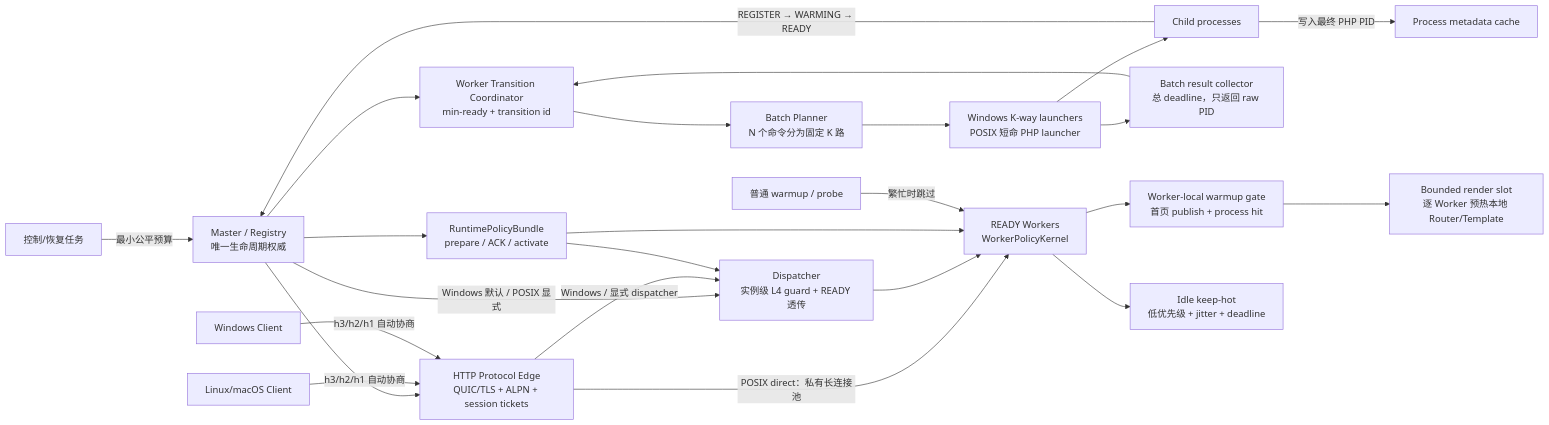
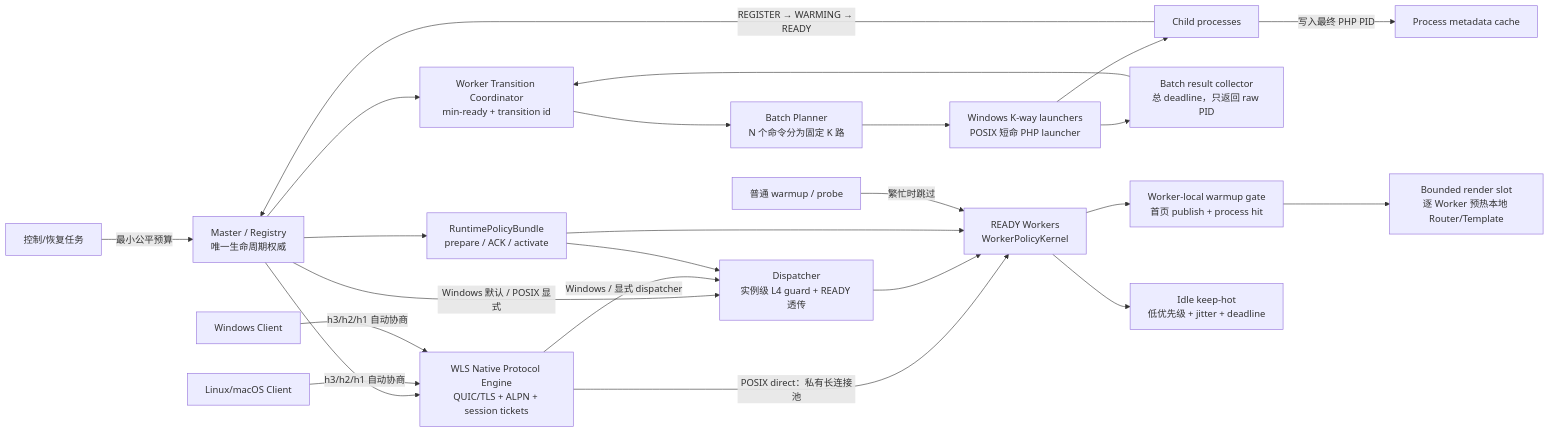
One commit to Aiweline/WelineFramework changed the fourth of 7 diagrams in app/code/Weline/Server/doc/WLS架构图.md. Above: the diagram before and after it, drawn with Mermaid. The commit also changed other lines of this file and 46 other files, not shown here.

Commit message:
perf(wls): ship native protocol edge and harden startup

````diff
--- a/app/code/Weline/Server/doc/WLS架构图.md
+++ b/app/code/Weline/Server/doc/WLS架构图.md
@@ -125,27 +125,27 @@
 ```mermaid
 flowchart LR
   M["Master / Registry\n唯一生命周期权威"] --> T["Worker Transition Coordinator\nmin-ready + transition id"]
   M --> P["RuntimePolicyBundle\nprepare / ACK / activate"]
   T --> BP["Batch Planner\nN 个命令分为固定 K 路"]
   BP --> L["Windows K-way launchers\nPOSIX 短命 PHP launcher"]
   L --> CH["Child processes"]
   L --> RC["Batch result collector\n总 deadline，只返回 raw PID"]
   RC --> T
   CH -->|"写入最终 PHP PID"| PS["Process metadata cache"]
   CH -->|"REGISTER → WARMING → READY"| M
 
-  M --> E["HTTP Protocol Edge\nQUIC/TLS + ALPN + session tickets"]
+  M --> E["WLS Native Protocol Engine\nQUIC/TLS + ALPN + session tickets"]
   M -->|"Windows 默认 / POSIX 显式"| D["Dispatcher\n实例级 L4 guard + READY 透传"]
   E -->|"POSIX direct：私有长连接池"| W["READY Workers\nWorkerPolicyKernel"]
   E -->|"Windows / 显式 dispatcher"| D
   D --> W
   CL["Linux/macOS Client"] -->|"h3/h2/h1 自动协商"| E
   CW["Windows Client"] -->|"h3/h2/h1 自动协商"| E
   P --> D
   P --> W
   W --> WG["Worker-local warmup gate\n首页 publish + process hit"]
   WG --> SR["Bounded render slot\n逐 Worker 预热本地 Router/Template"]
   W --> KH["Idle keep-hot\n低优先级 + jitter + deadline"]
   CTRL["控制/恢复任务"] -->|"最小公平预算"| M
   BG["普通 warmup / probe"] -->|"繁忙时跳过"| W
 ```
````
